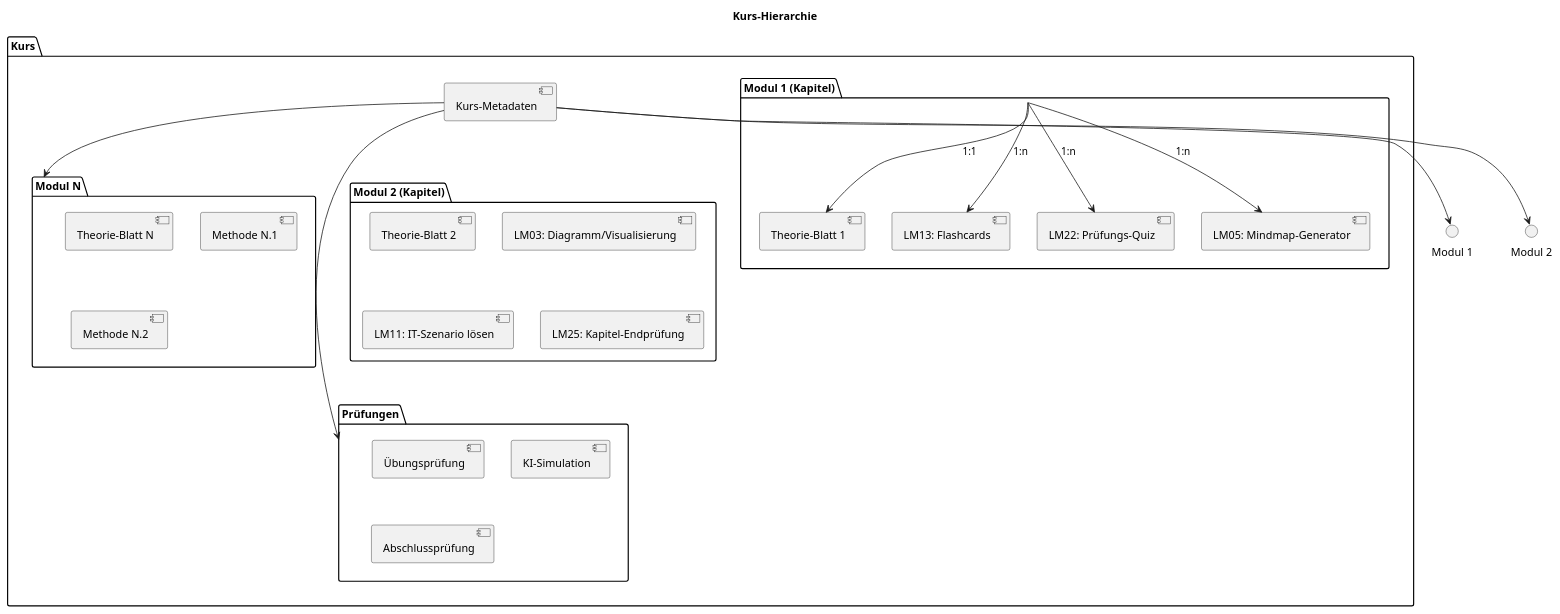
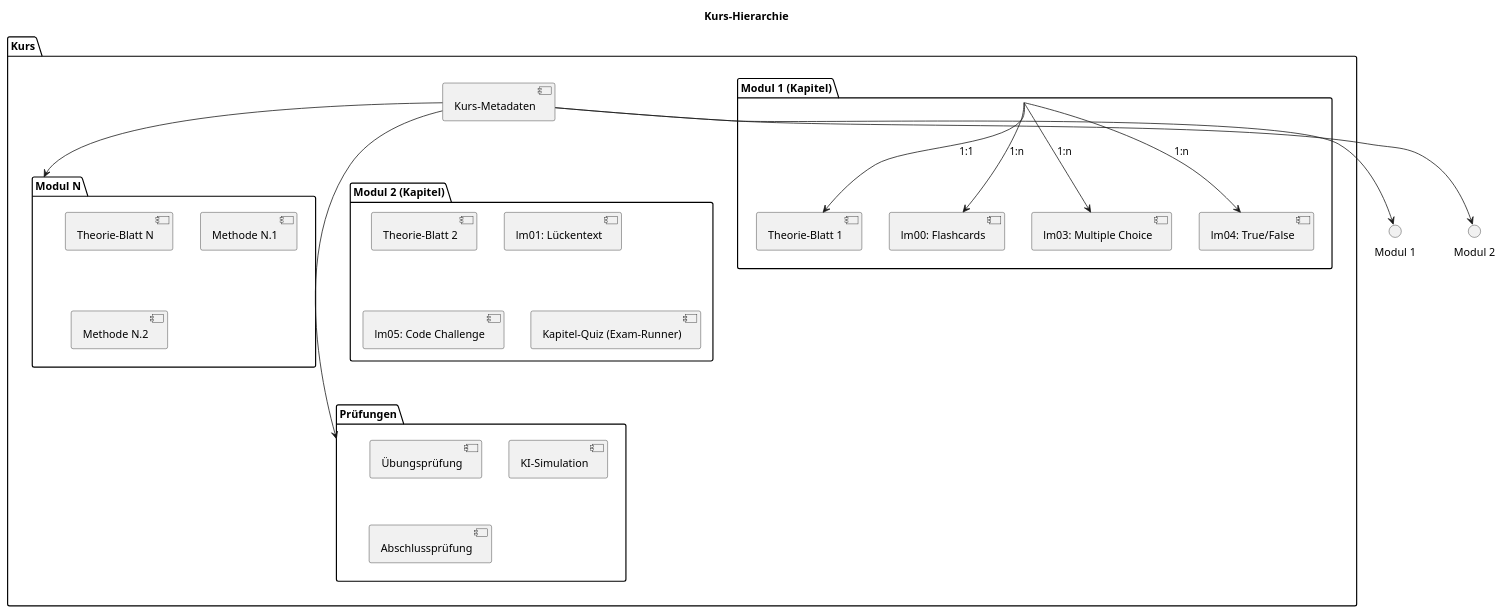
The second of 17 diagrams in LernsystemX-Doku/01_Core/04_Kurs-Architektur.md (flokflok1/lernseite), drawn with PlantUML before and after one commit. The commit also changed other lines of this file and 74 other files, not shown here.

Commit message:
docs: align architecture (LM vs SF vs Runner) + panel migration

````diff
--- a/LernsystemX-Doku/01_Core/04_Kurs-Architektur.md
+++ b/LernsystemX-Doku/01_Core/04_Kurs-Architektur.md
@@ -96,46 +96,46 @@
 ```plantuml
 @startuml
 title Kurs-Hierarchie
 
 package "Kurs" {
   [Kurs-Metadaten]
 
   package "Modul 1 (Kapitel)" {
     [Theorie-Blatt 1]
-    [LM13: Flashcards]
-    [LM22: Prüfungs-Quiz]
-    [LM05: Mindmap-Generator]
+    [lm00: Flashcards]
+    [lm03: Multiple Choice]
+    [lm04: True/False]
   }
 
   package "Modul 2 (Kapitel)" {
     [Theorie-Blatt 2]
-    [LM03: Diagramm/Visualisierung]
-    [LM11: IT-Szenario lösen]
-    [LM25: Kapitel-Endprüfung]
+    [lm01: Lückentext]
+    [lm05: Code Challenge]
+    [Kapitel-Quiz (Exam-Runner)]
   }
 
   package "Modul N" {
     [Theorie-Blatt N]
     [Methode N.1]
     [Methode N.2]
   }
 
   package "Prüfungen" {
     [Übungsprüfung]
     [KI-Simulation]
     [Abschlussprüfung]
   }
 }
 
 [Kurs-Metadaten] --> "Modul 1"
 [Kurs-Metadaten] --> "Modul 2"
 [Kurs-Metadaten] --> "Modul N"
 [Kurs-Metadaten] --> "Prüfungen"
 
 "Modul 1 (Kapitel)" --> [Theorie-Blatt 1] : 1:1
-"Modul 1 (Kapitel)" --> [LM13: Flashcards] : 1:n
-"Modul 1 (Kapitel)" --> [LM22: Prüfungs-Quiz] : 1:n
-"Modul 1 (Kapitel)" --> [LM05: Mindmap-Generator] : 1:n
+"Modul 1 (Kapitel)" --> [lm00: Flashcards] : 1:n
+"Modul 1 (Kapitel)" --> [lm03: Multiple Choice] : 1:n
+"Modul 1 (Kapitel)" --> [lm04: True/False] : 1:n
 
 @enduml
 ```
````
